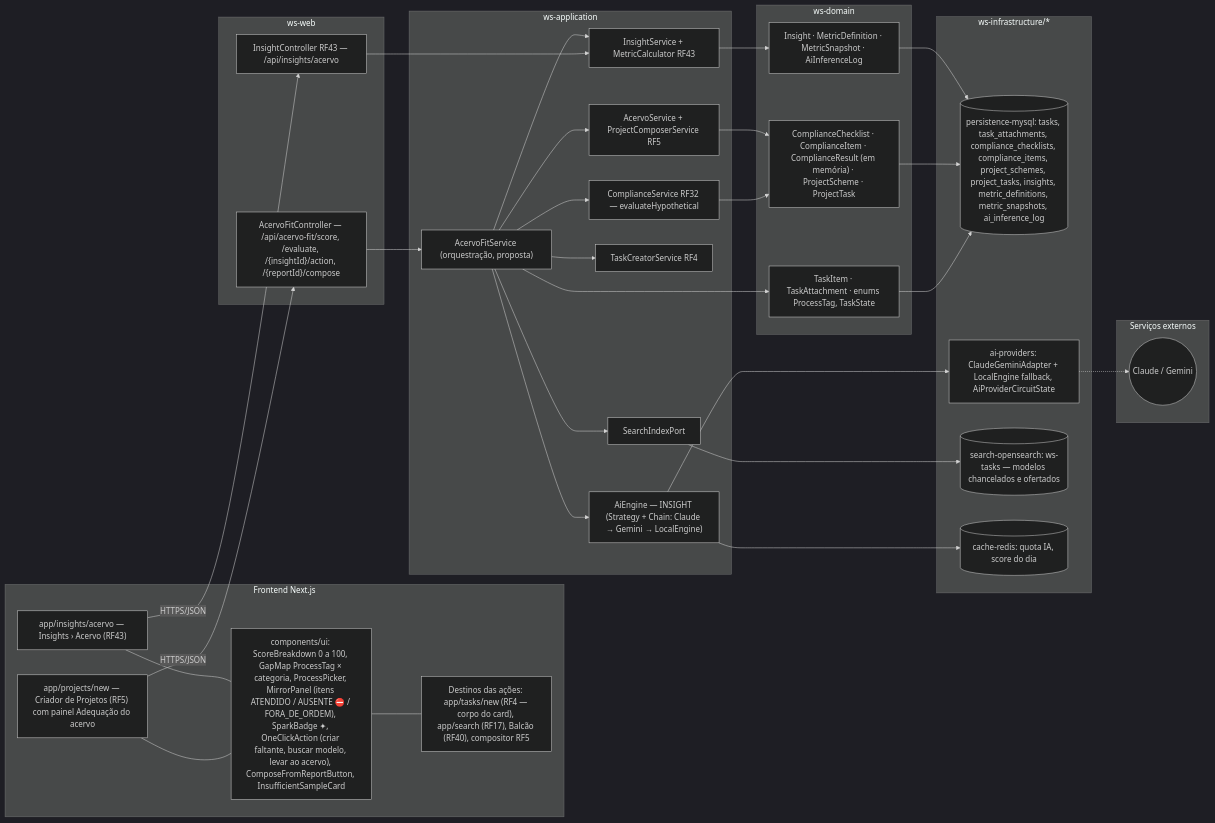
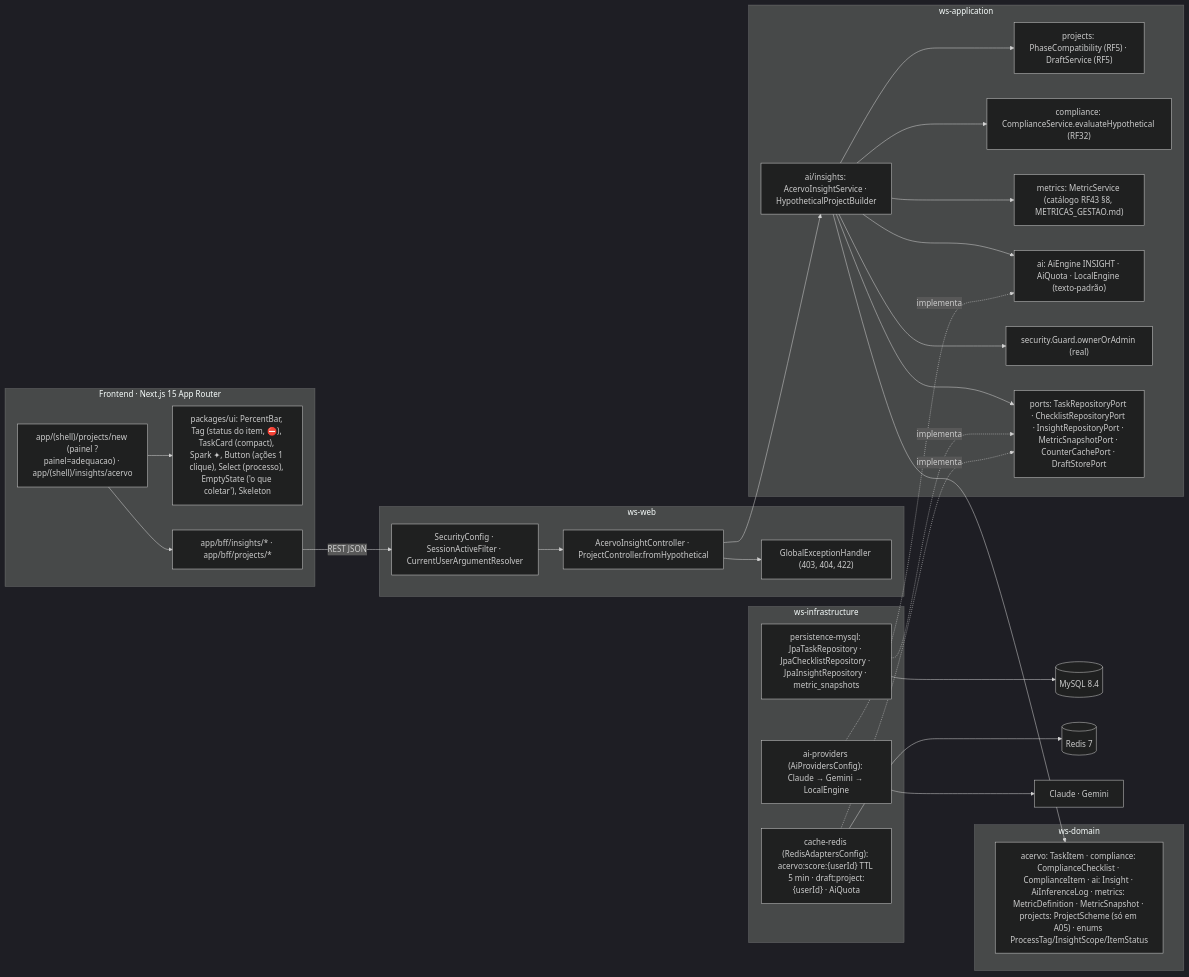
One commit to MatheusHaliski/Decia-app-2026 changed the fifth of 5 diagrams in docs/diagramas/RF20/README.md. Above: the diagram before and after it, drawn with Mermaid (dark theme). The commit also changed other lines of this file and 4 other files, not shown here.

First line of the commit message:
docs(diagramas): reescreve RF16–RF20 (perfil de terceiros, Buscar, interações sociais, adequação do acervo)

````diff
--- a/docs/diagramas/RF20/README.md
+++ b/docs/diagramas/RF20/README.md
@@ -518,66 +424,48 @@
 ```mermaid
 flowchart LR
-  subgraph FE["Frontend Next.js"]
-    F1["app/projects/new — Criador de Projetos (RF5) com painel Adequação do acervo"]
-    F2["app/insights/acervo — Insights › Acervo (RF43)"]
-    F3["components/ui: ScoreBreakdown 0 a 100, GapMap ProcessTag × categoria, ProcessPicker, MirrorPanel (itens ATENDIDO / AUSENTE ⛔ / FORA_DE_ORDEM), SparkBadge ✦, OneClickAction (criar faltante, buscar modelo, levar ao acervo), ComposeFromReportButton, InsufficientSampleCard"]
-    F4["Destinos das ações: app/tasks/new (RF4 — corpo do card), app/search (RF17), Balcão (RF40), compositor RF5"]
+  subgraph FE["Frontend · Next.js 15 App Router"]
+    PG["app/(shell)/projects/new (painel ?painel=adequacao) · app/(shell)/insights/acervo"]
+    UI["packages/ui: PercentBar, Tag (status do item, ⛔), TaskCard (compact), Spark ✦, Button (ações 1 clique), Select (processo), EmptyState ('o que coletar'), Skeleton"]
+    BFF["app/bff/insights/* · app/bff/projects/*"]
+    PG --> UI
+    PG --> BFF
+  end
+  subgraph WSWEB["ws-web"]
+    SEC["SecurityConfig · SessionActiveFilter · CurrentUserArgumentResolver"]
+    IC["AcervoInsightController · ProjectController.fromHypothetical"]
+    GEH["GlobalExceptionHandler (403, 404, 422)"]
+  end
+  subgraph WSAPP["ws-application"]
+    INS["ai/insights: AcervoInsightService · HypotheticalProjectBuilder"]
+    CMP["projects: PhaseCompatibility (RF5) · DraftService (RF5)"]
+    COMPL["compliance: ComplianceService.evaluateHypothetical (RF32)"]
+    MET["metrics: MetricService (catálogo RF43 §8, METRICAS_GESTAO.md)"]
+    AIE["ai: AiEngine INSIGHT · AiQuota · LocalEngine (texto-padrão)"]
+    GD["security.Guard.ownerOrAdmin (real)"]
+    PORTS["ports: TaskRepositoryPort · ChecklistRepositoryPort · InsightRepositoryPort · MetricSnapshotPort · CounterCachePort · DraftStorePort"]
+    INS --> CMP
+    INS --> COMPL
+    INS --> MET
+    INS --> AIE
+    INS --> GD
+    INS --> PORTS
+  end
+  subgraph WSDOM["ws-domain"]
+    DOM["acervo: TaskItem · compliance: ComplianceChecklist · ComplianceItem · ai: Insight · AiInferenceLog · metrics: MetricDefinition · MetricSnapshot · projects: ProjectScheme (só em A05) · enums ProcessTag/InsightScope/ItemStatus"]
+  end
+  subgraph INFRA["ws-infrastructure"]
+    MY["persistence-mysql: JpaTaskRepository · JpaChecklistRepository · JpaInsightRepository · metric_snapshots"]
+    RDS["cache-redis (RedisAdaptersConfig): acervo:score:{userId} TTL 5 min · draft:project:{userId} · AiQuota"]
+    AIP["ai-providers (AiProvidersConfig): Claude → Gemini → LocalEngine"]
   end
 
-  subgraph WEB["ws-web"]
-    C1["AcervoFitController — /api/acervo-fit/score, /evaluate, /{insightId}/action, /{reportId}/compose"]
-    C2["InsightController RF43 — /api/insights/acervo"]
-  end
-
-  subgraph APP["ws-application"]
-    S1["AcervoFitService (orquestração, proposta)"]
-    S2["InsightService + MetricCalculator RF43"]
-    S3["ComplianceService RF32 — evaluateHypothetical"]
-    S4["AcervoService + ProjectComposerService RF5"]
-    S5["TaskCreatorService RF4"]
-    S6["AiEngine — INSIGHT (Strategy + Chain: Claude → Gemini → LocalEngine)"]
-    P1["SearchIndexPort"]
-  end
-
-  subgraph DOM["ws-domain"]
-    D1["TaskItem · TaskAttachment · enums ProcessTag, TaskState"]
-    D2["ComplianceChecklist · ComplianceItem · ComplianceResult (em memória) · ProjectScheme · ProjectTask"]
-    D3["Insight · MetricDefinition · MetricSnapshot · AiInferenceLog"]
-  end
-
-  subgraph INFRA["ws-infrastructure/*"]
-    I1[("persistence-mysql: tasks, task_attachments, compliance_checklists, compliance_items, project_schemes, project_tasks, insights, metric_definitions, metric_snapshots, ai_inference_log")]
-    I2["ai-providers: ClaudeGeminiAdapter + LocalEngine fallback, AiProviderCircuitState"]
-    I3[("search-opensearch: ws-tasks — modelos chancelados e ofertados")]
-    I4[("cache-redis: quota IA, score do dia")]
-  end
-
-  subgraph EXT["Serviços externos"]
-    E1(("Claude / Gemini"))
-  end
-
-  F1 --- F3
-  F2 --- F3
-  F3 --- F4
-  F1 -->|"HTTPS/JSON"| C1
-  F2 -->|"HTTPS/JSON"| C2
-  C1 --> S1
-  C2 --> S2
-  S1 --> S2
-  S1 --> S3
-  S1 --> S4
-  S1 --> S5
-  S1 --> S6
-  S1 --> P1
-  S1 --> D1
-  S2 --> D3
-  S3 --> D2
-  S4 --> D2
-  D1 --> I1
-  D2 --> I1
-  D3 --> I1
-  S6 --> I2
-  S6 --> I4
-  P1 --> I3
-  I2 -.-> E1
+  BFF -->|"REST JSON"| SEC --> IC --> INS
+  IC --> GEH
+  MY -.implementa.-> PORTS
+  RDS -.implementa.-> PORTS
+  AIP -.implementa.-> AIE
+  INS --> DOM
+  MY --> DB[("MySQL 8.4")]
+  RDS --> RD[("Redis 7")]
+  AIP --> CL["Claude · Gemini"]
 ```
````
